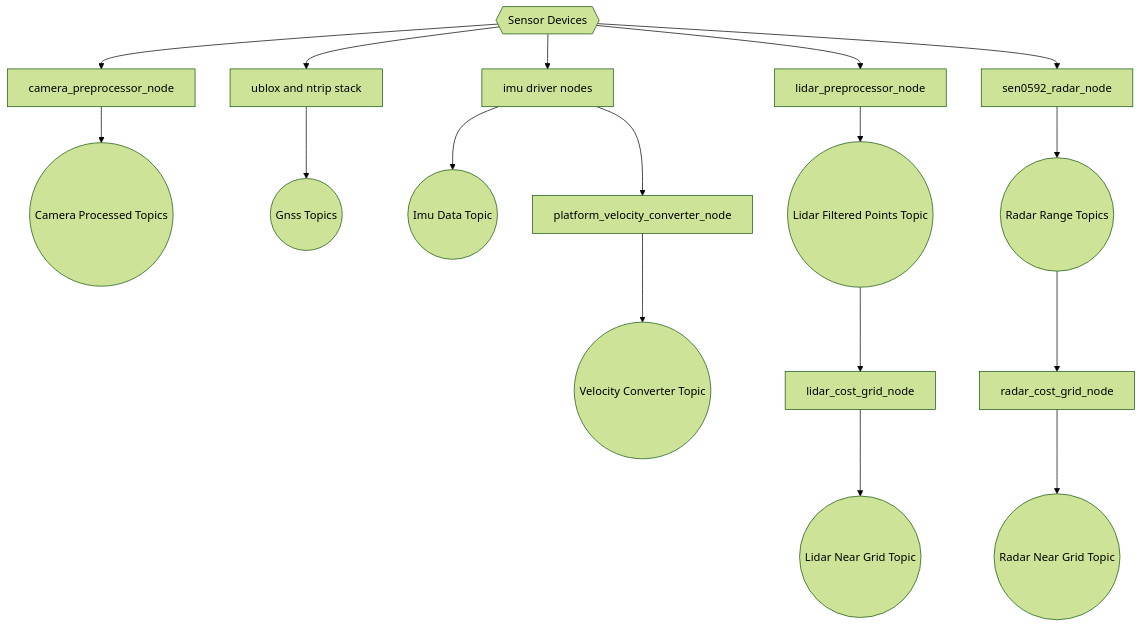
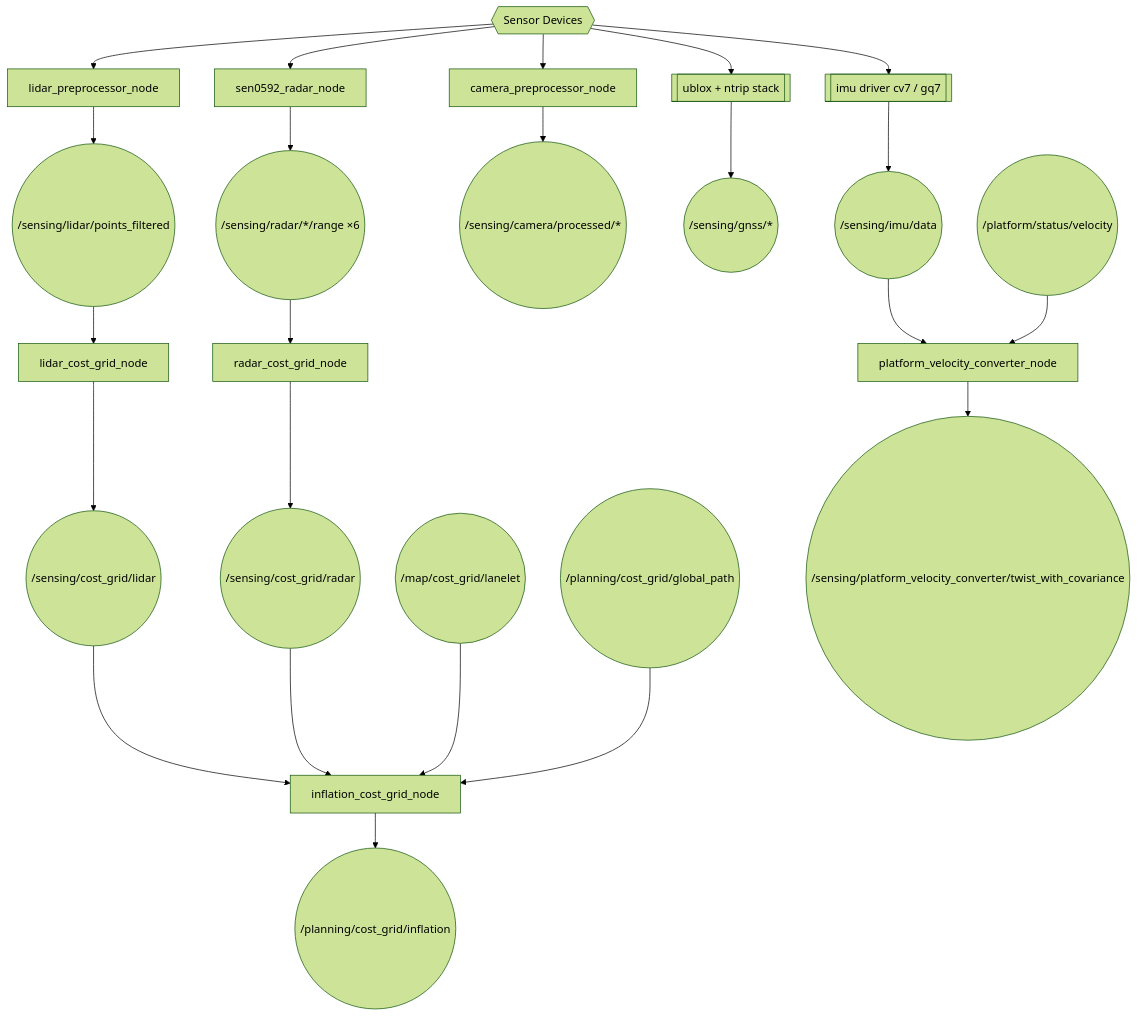
Before and after one commit to hwanhonglee/CAMROD: the first of 2 diagrams in camrod_sensing/README.md, drawn with Mermaid (forest theme). The commit also changed other lines of this file and 15 other files, not shown here.

````diff
--- a/camrod_sensing/README.md
+++ b/camrod_sensing/README.md
@@ -7,23 +7,30 @@
 ```mermaid
 graph TD
-  HW{{Sensor Devices}} --> CAM[camera_preprocessor_node]
-  CAM --> CAMOUT((Camera Processed Topics))
-
-  HW --> GNSS[ublox and ntrip stack]
-  GNSS --> GNSSOUT((Gnss Topics))
-
-  HW --> IMU[imu driver nodes]
-  IMU --> IMUOUT((Imu Data Topic))
-  IMU --> VEL[platform_velocity_converter_node]
-  VEL --> VELOUT((Velocity Converter Topic))
-
-  HW --> LDRV[lidar_preprocessor_node]
-  LDRV --> LRAW((Lidar Filtered Points Topic))
-  LRAW --> LGRID[lidar_cost_grid_node]
-  LGRID --> LOUT((Lidar Near Grid Topic))
+  HW{{Sensor Devices}} --> LDRV[lidar_preprocessor_node]
+  LDRV --> LFLT(("/sensing/lidar/points_filtered"))
+  LFLT --> LGRID[lidar_cost_grid_node]
+  LGRID --> LOUT(("/sensing/cost_grid/lidar"))
 
   HW --> RADAR[sen0592_radar_node]
-  RADAR --> RRANGE((Radar Range Topics))
+  RADAR --> RRANGE(("/sensing/radar/*/range  ×6"))
   RRANGE --> RGRID[radar_cost_grid_node]
-  RGRID --> ROUT((Radar Near Grid Topic))
+  RGRID --> ROUT(("/sensing/cost_grid/radar"))
+
+  LOUT --> INFGRID[inflation_cost_grid_node]
+  ROUT --> INFGRID
+  LANELET(("/map/cost_grid/lanelet")) --> INFGRID
+  GPATH(("/planning/cost_grid/global_path")) --> INFGRID
+  INFGRID --> MERGED(("/planning/cost_grid/inflation"))
+
+  HW --> CAM[camera_preprocessor_node]
+  CAM --> CAMOUT(("/sensing/camera/processed/*"))
+
+  HW --> GNSS[[ublox + ntrip stack]]
+  GNSS --> GNSSOUT(("/sensing/gnss/*"))
+
+  HW --> IMU[[imu driver  cv7 / gq7]]
+  IMU --> IMUOUT(("/sensing/imu/data"))
+  IMUOUT --> VEL[platform_velocity_converter_node]
+  PLATVEL(("/platform/status/velocity")) --> VEL
+  VEL --> VELOUT(("/sensing/platform_velocity_converter/twist_with_covariance"))
 ```
````
